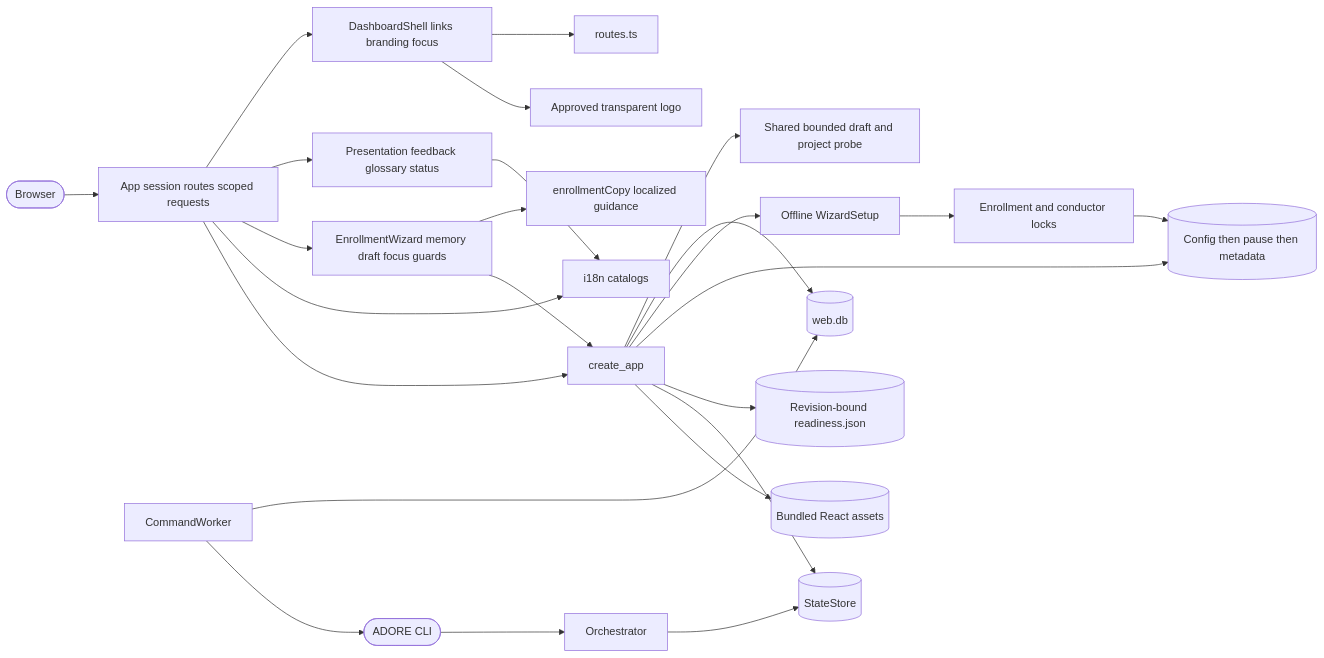
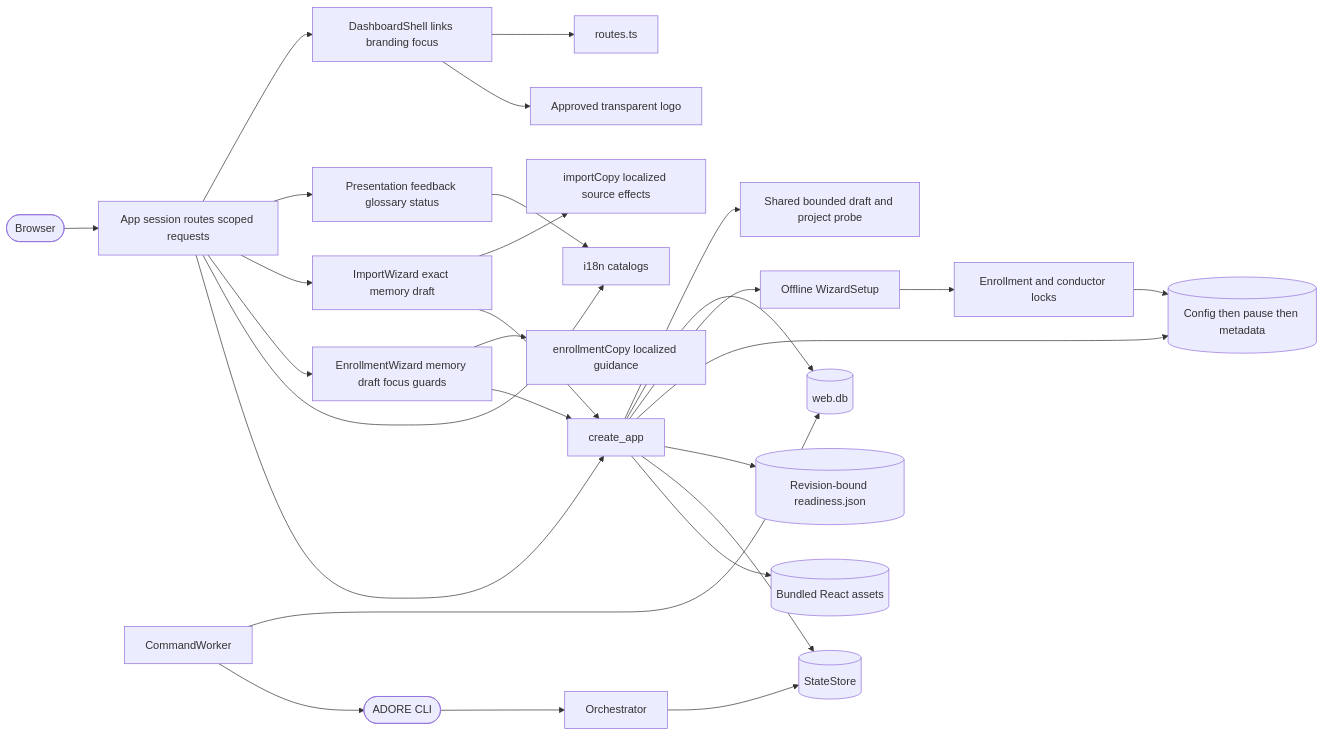
One commit to DDP-Engineering/AgenticDeliveryOrchestratorRuntimeEngine changed the diagram in .agentic/knowledge/web-interface.md. Above: the diagram before and after it, drawn with Mermaid. The commit also changed other lines of this file and 28 other files, not shown here.

````diff
--- a/.agentic/knowledge/web-interface.md
+++ b/.agentic/knowledge/web-interface.md
@@ -298,27 +310,30 @@
 ```mermaid
 flowchart LR
     browser([Browser]) --> App[App session routes scoped requests]
     App --> DashboardShell[DashboardShell links branding focus]
     App --> Presentation[Presentation feedback glossary status]
+    App --> ImportWizard[ImportWizard exact memory draft]
+    ImportWizard --> importCopy[importCopy localized source effects]
+    ImportWizard --> api
     App --> EnrollmentWizard[EnrollmentWizard memory draft focus guards]
     EnrollmentWizard --> enrollmentCopy[enrollmentCopy localized guidance]
     EnrollmentWizard --> api
     api --> draftProbe[Shared bounded draft and project probe]
     DashboardShell --> routes[routes.ts]
     DashboardShell --> logo[Approved transparent logo]
     App --> i18n[i18n catalogs]
     Presentation --> i18n
     App --> api[create_app]
     api --> identity[(web.db)]
     api --> preparation[Offline WizardSetup]
     preparation --> publication[Enrollment and conductor locks]
     publication --> profiles[(Config then pause then metadata)]
     api --> profiles
     api --> verification[(Revision-bound readiness.json)]
     api --> state[(StateStore)]
     api --> assets[(Bundled React assets)]
     worker[CommandWorker] --> identity
     worker --> cli([ADORE CLI])
     cli --> conductor[Orchestrator]
     conductor --> state
 ```
````
